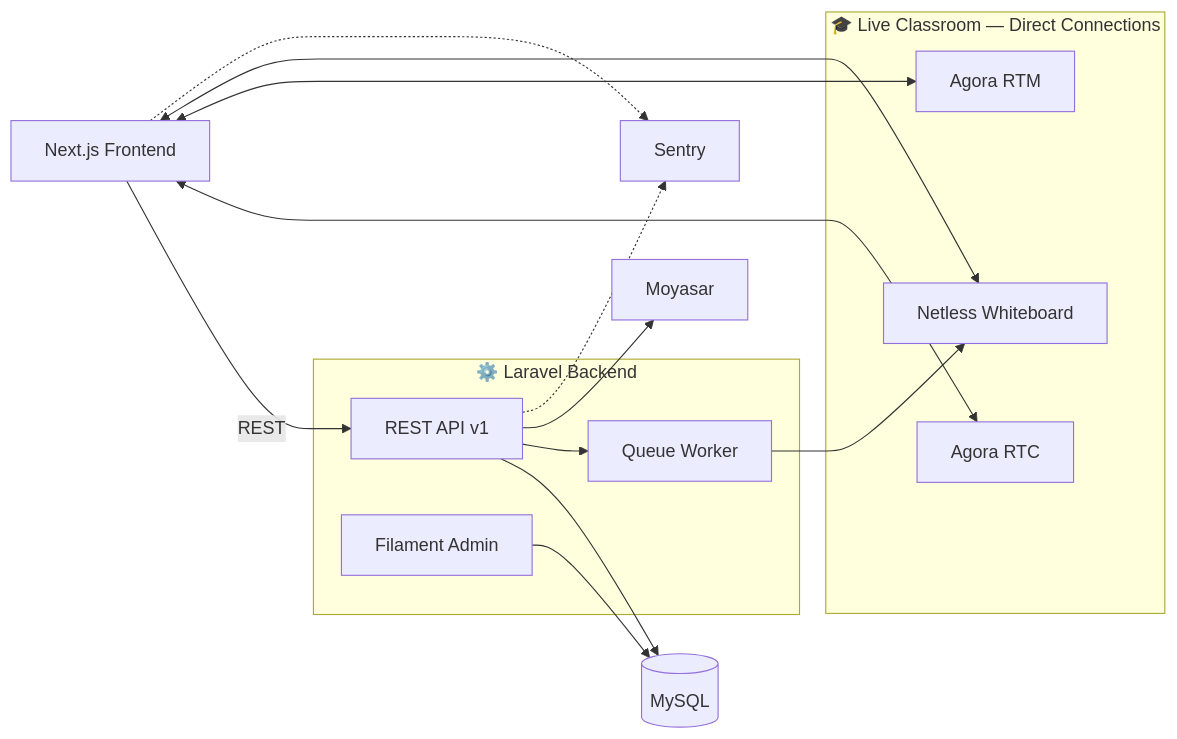
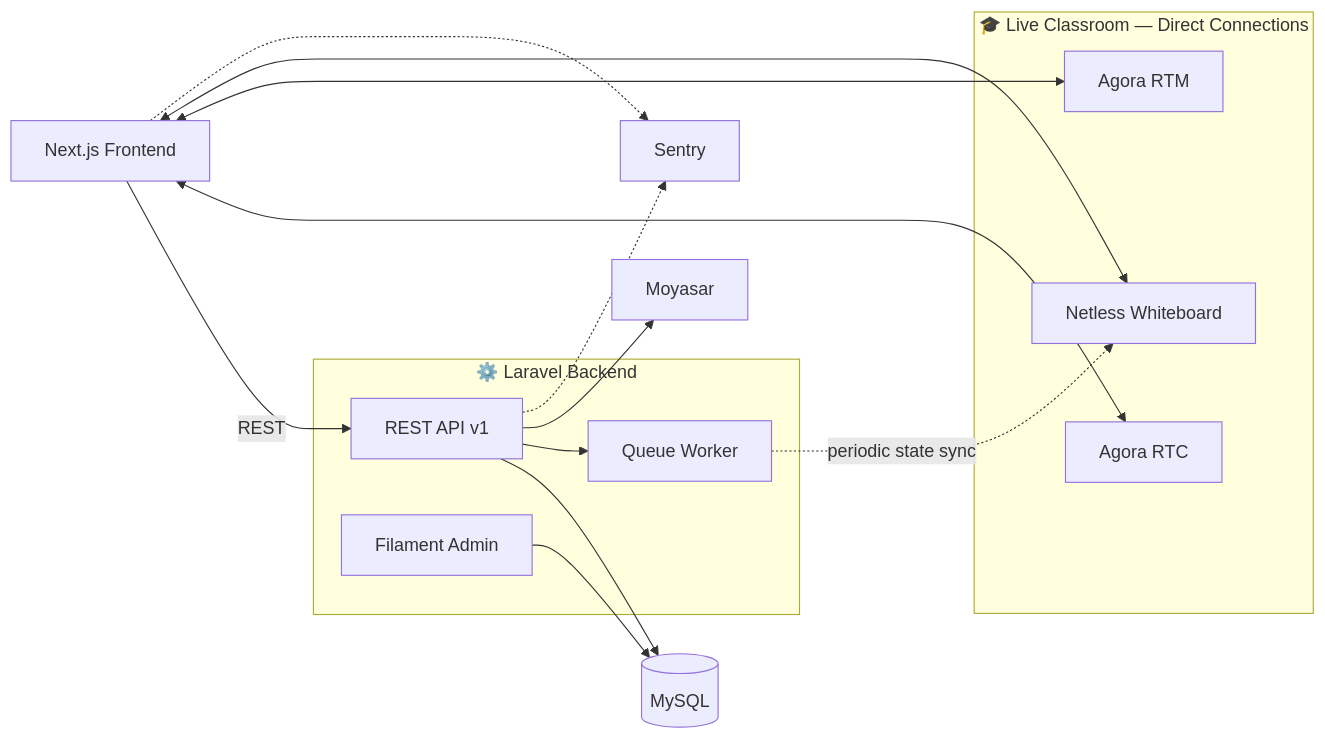
One commit to Ammar-1993/Ammar-1993 changed the diagram in README.md. Above: the diagram before and after it, drawn with Mermaid. The commit also changed other lines of this file, not shown here.

````diff
--- a/README.md
+++ b/README.md
@@ -49,33 +49,32 @@
 ```mermaid
 graph LR
     FE[Next.js Frontend]
 
     subgraph Live["🎓 Live Classroom — Direct Connections"]
         RTC[Agora RTC]
         RTM[Agora RTM]
         WB[Netless Whiteboard]
     end
 
     subgraph BE["⚙️ Laravel Backend"]
         API[REST API v1]
         ADMIN[Filament Admin]
         QUEUE[Queue Worker]
     end
 
     DB[(MySQL)]
     PAY[Moyasar]
     MON[Sentry]
 
     FE -->|REST| API
     FE <--> RTC
     FE <--> RTM
     FE <--> WB
     API --> DB
     ADMIN --> DB
     API --> QUEUE
-    QUEUE --> WB
+    QUEUE -.->|periodic state sync| WB
     API --> PAY
     API -.-> MON
     FE -.-> MON
-
 ```
````
